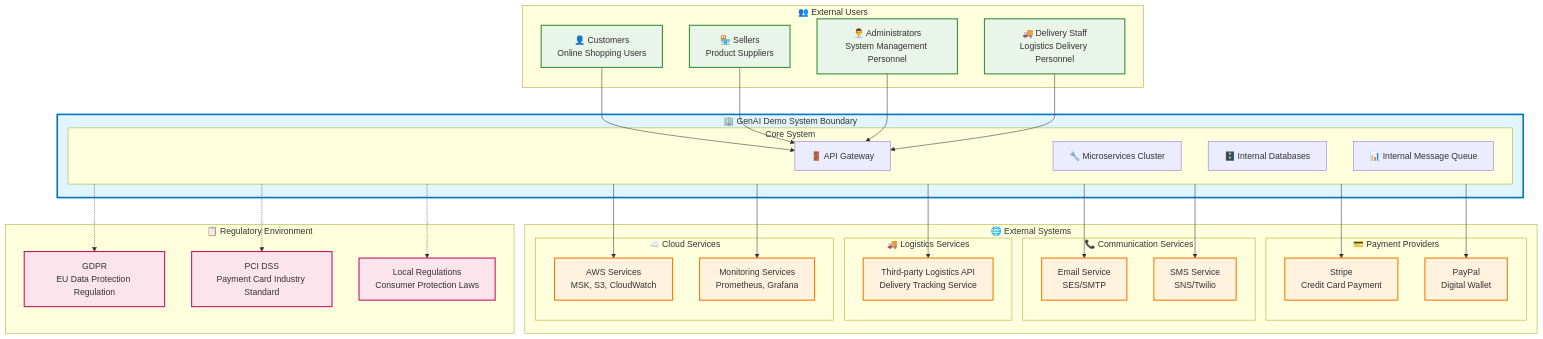
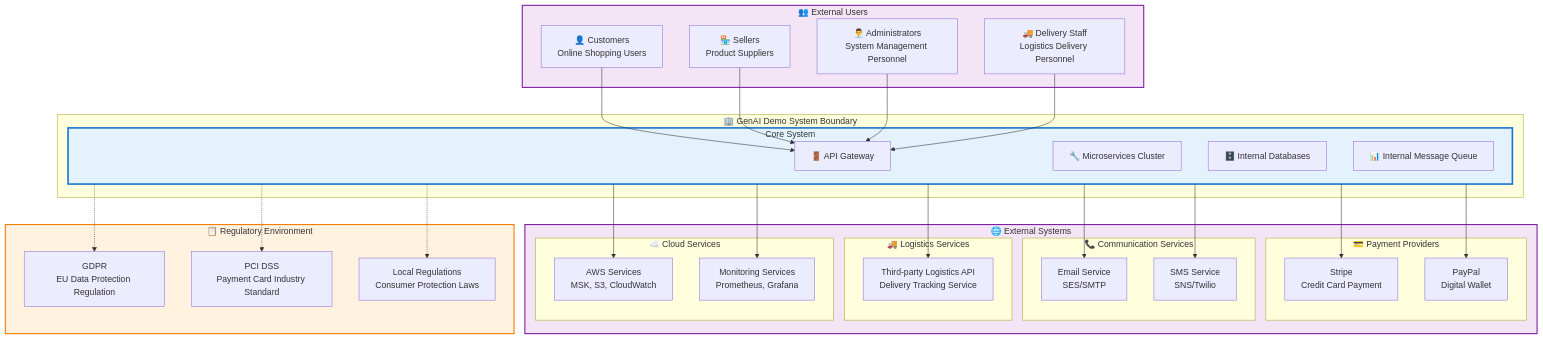
Before and after one commit to humank/genai-demo: the diagram in docs/viewpoints/context/README.md, drawn with Mermaid. The commit also changed other lines of this file and 453 other files, not shown here.

First line of the commit message:
feat: Complete translation of key architecture and API documentation

````diff
--- a/docs/viewpoints/context/README.md
+++ b/docs/viewpoints/context/README.md
@@ -25,75 +25,74 @@
 ```mermaid
 graph TB
     subgraph SYSTEM_BOUNDARY ["🏢 GenAI Demo System Boundary"]
         subgraph CORE_SYSTEM ["Core System"]
             API_GATEWAY[🚪 API Gateway]
             MICROSERVICES[🔧 Microservices Cluster]
             DATABASES[🗄️ Internal Databases]
             MESSAGE_QUEUE[📊 Internal Message Queue]
         end
     end
     
     subgraph EXTERNAL_USERS ["👥 External Users"]
         CUSTOMERS[👤 Customers<br/>Online Shopping Users]
         SELLERS[🏪 Sellers<br/>Product Suppliers]
         ADMINS[👨‍💼 Administrators<br/>System Management Personnel]
         DELIVERY_STAFF[🚚 Delivery Staff<br/>Logistics Delivery Personnel]
     end
     
     subgraph EXTERNAL_SYSTEMS ["🌐 External Systems"]
         subgraph PAYMENT_PROVIDERS ["💳 Payment Providers"]
             STRIPE[Stripe<br/>Credit Card Payment]
             PAYPAL[PayPal<br/>Digital Wallet]
         end
         
         subgraph COMMUNICATION ["📞 Communication Services"]
             EMAIL_SERVICE[Email Service<br/>SES/SMTP]
             SMS_SERVICE[SMS Service<br/>SNS/Twilio]
         end
         
         subgraph LOGISTICS ["🚚 Logistics Services"]
             LOGISTICS_API[Third-party Logistics API<br/>Delivery Tracking Service]
         end
         
         subgraph CLOUD_SERVICES ["☁️ Cloud Services"]
             AWS_SERVICES[AWS Services<br/>MSK, S3, CloudWatch]
             MONITORING[Monitoring Services<br/>Prometheus, Grafana]
         end
     end
     
     subgraph REGULATORY ["📋 Regulatory Environment"]
         GDPR[GDPR<br/>EU Data Protection Regulation]
         PCI_DSS[PCI DSS<br/>Payment Card Industry Standard]
         LOCAL_LAWS[Local Regulations<br/>Consumer Protection Laws]
     end
     
     %% User Interactions
     CUSTOMERS --> API_GATEWAY
     SELLERS --> API_GATEWAY
     ADMINS --> API_GATEWAY
     DELIVERY_STAFF --> API_GATEWAY
     
     %% External System Integrations
     CORE_SYSTEM --> STRIPE
     CORE_SYSTEM --> PAYPAL
     CORE_SYSTEM --> EMAIL_SERVICE
     CORE_SYSTEM --> SMS_SERVICE
     CORE_SYSTEM --> LOGISTICS_API
     CORE_SYSTEM --> AWS_SERVICES
     CORE_SYSTEM --> MONITORING
     
     %% Regulatory Compliance
     CORE_SYSTEM -.-> GDPR
     CORE_SYSTEM -.-> PCI_DSS
     CORE_SYSTEM -.-> LOCAL_LAWS
     
-    classDef systemBoundary fill:#e1f5fe,stroke:#0277bd,stroke-width:3px
-    classDef externalUser fill:#e8f5e8,stroke:#388e3c,stroke-width:2px
-    classDef externalSystem fill:#fff3e0,stroke:#f57c00,stroke-width:2px
-    classDef regulatory fill:#fce4ec,stroke:#c2185b,stroke-width:2px
+    %% Styling
+    classDef system fill:#e3f2fd,stroke:#1976d2,stroke-width:3px
+    classDef external fill:#f3e5f5,stroke:#7b1fa2,stroke-width:2px
+    classDef regulatory fill:#fff3e0,stroke:#f57c00,stroke-width:2px
     
-    class SYSTEM_BOUNDARY systemBoundary
-    class CUSTOMERS,SELLERS,ADMINS,DELIVERY_STAFF externalUser
-    class STRIPE,PAYPAL,EMAIL_SERVICE,SMS_SERVICE,LOGISTICS_API,AWS_SERVICES,MONITORING externalSystem
-    class GDPR,PCI_DSS,LOCAL_LAWS regulatory
+    class CORE_SYSTEM system
+    class EXTERNAL_USERS,EXTERNAL_SYSTEMS external
+    class REGULATORY regulatory
 ```
````
